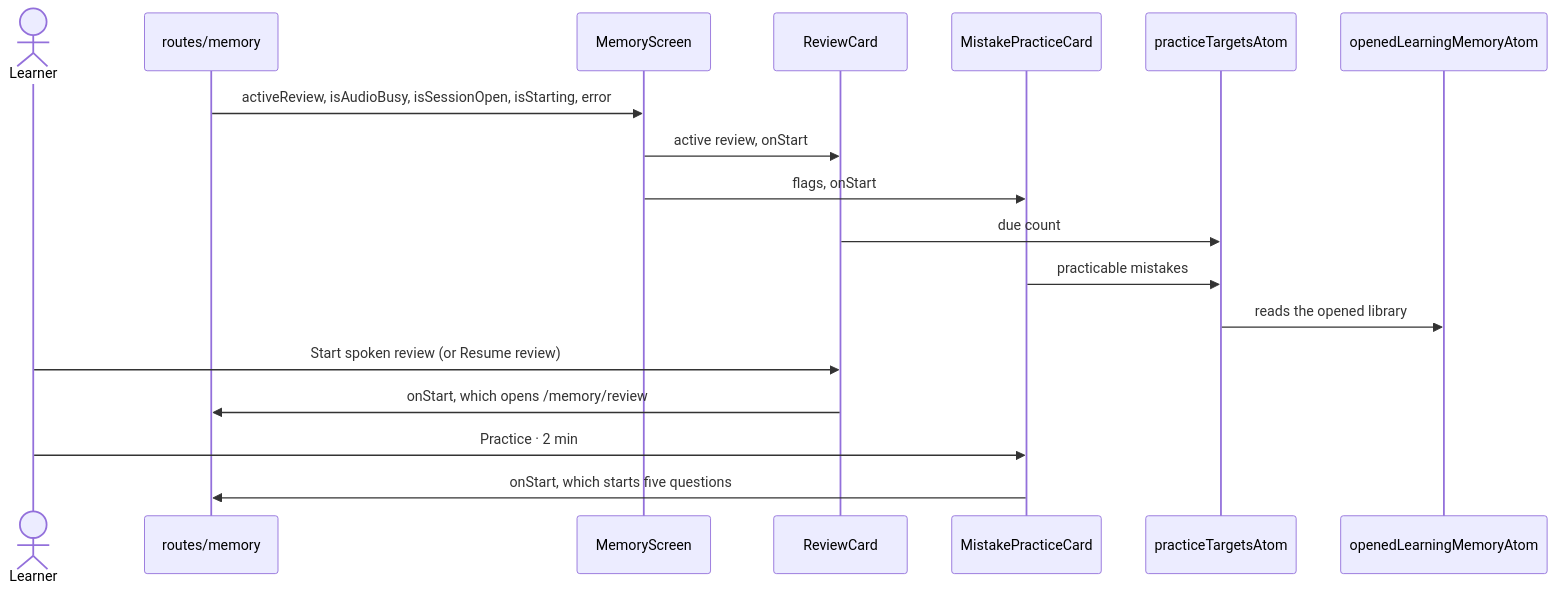
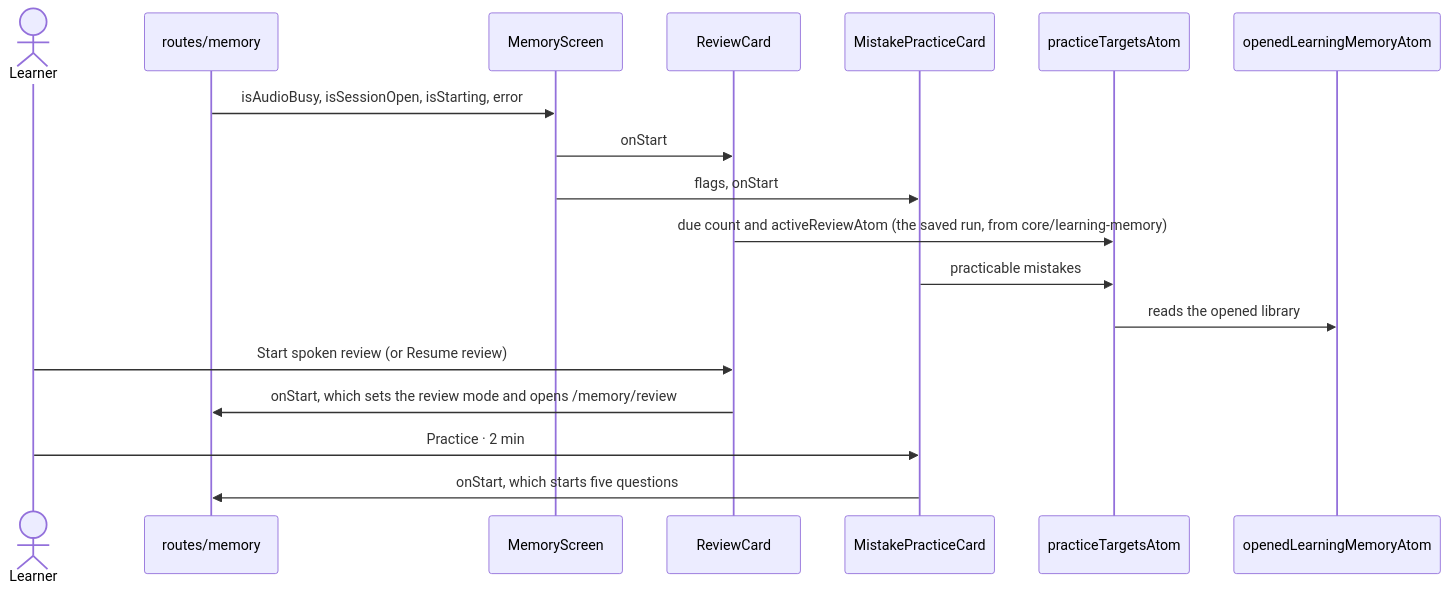
The diagram in src/features/memory-practice/flow.md (oleksii-latyshev/english-trainer), drawn with Mermaid before and after one commit. The commit also changed other lines of this file and 263 other files, not shown here.

First line of the commit message:
refactor(memory): spoken review in the target architecture and glass design (#69)

````diff
--- a/src/features/memory-practice/flow.md
+++ b/src/features/memory-practice/flow.md
@@ -8,21 +8,21 @@
 ```mermaid
 sequenceDiagram
     actor Learner
     participant Route as routes/memory
     participant Screen as MemoryScreen
     participant Review as ReviewCard
     participant Practice as MistakePracticeCard
     participant Atom as practiceTargetsAtom
     participant Core as openedLearningMemoryAtom
 
-    Route->>Screen: activeReview, isAudioBusy, isSessionOpen, isStarting, error
-    Screen->>Review: active review, onStart
+    Route->>Screen: isAudioBusy, isSessionOpen, isStarting, error
+    Screen->>Review: onStart
     Screen->>Practice: flags, onStart
-    Review->>Atom: due count
+    Review->>Atom: due count and activeReviewAtom (the saved run, from core/learning-memory)
     Practice->>Atom: practicable mistakes
     Atom->>Core: reads the opened library
     Learner->>Review: Start spoken review (or Resume review)
-    Review->>Route: onStart, which opens /memory/review
+    Review->>Route: onStart, which sets the review mode and opens /memory/review
     Learner->>Practice: Practice · 2 min
     Practice->>Route: onStart, which starts five questions
 ```
````
